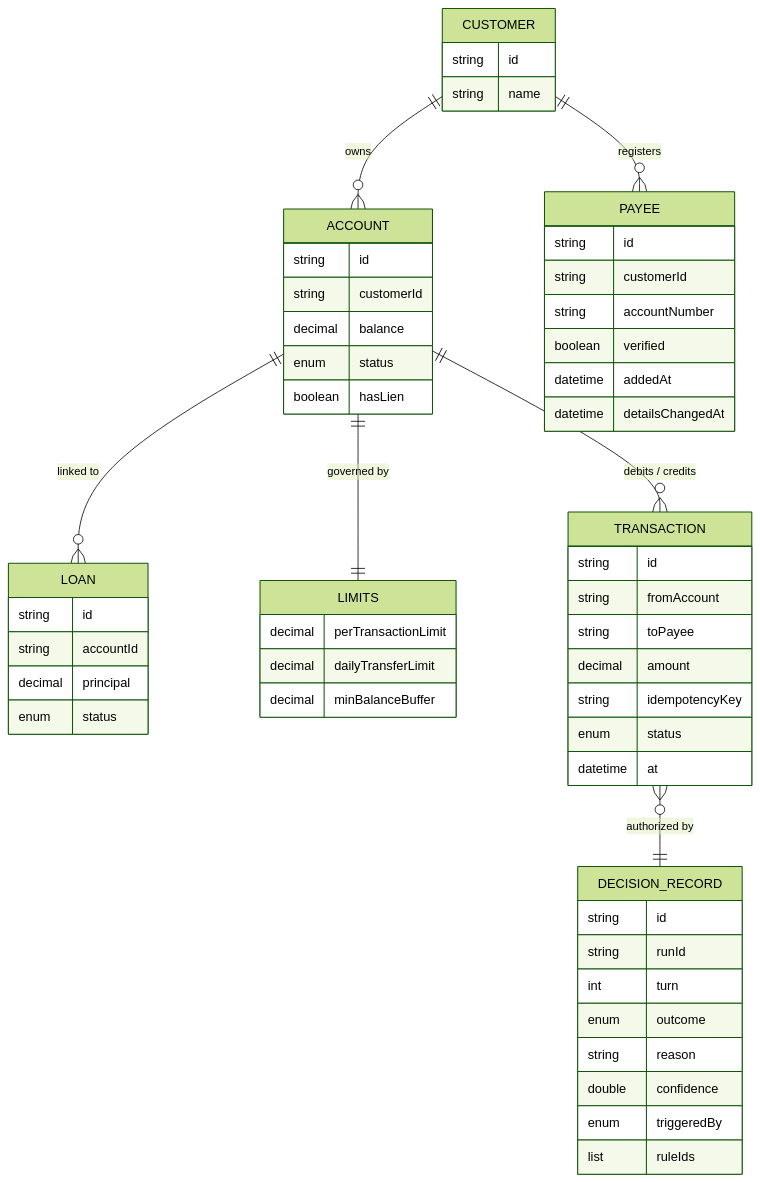
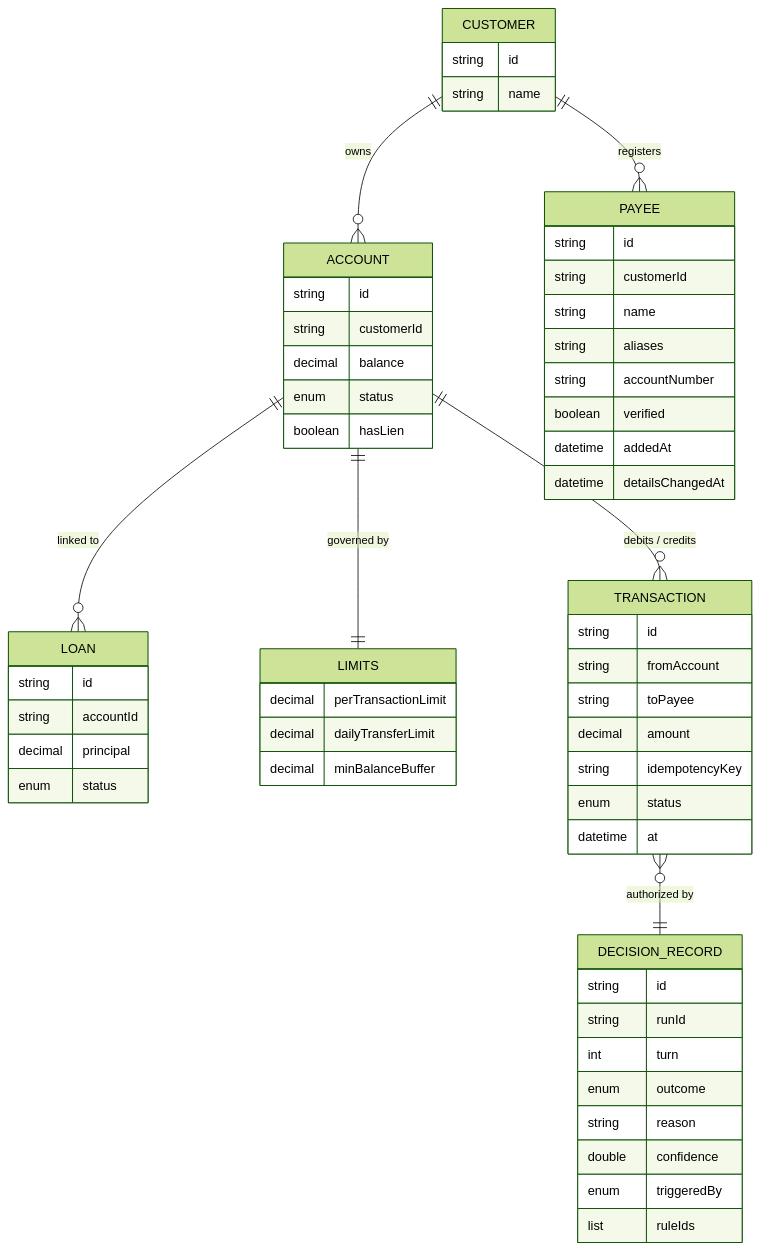
The third of 9 diagrams in DESIGN.md (harsha-reddy123/BankingApplicationControlLayer), drawn with Mermaid (forest theme) before and after one commit. The commit also changed other lines of this file and 4 other files, not shown here.

````diff
--- a/DESIGN.md
+++ b/DESIGN.md
@@ -135,17 +151,17 @@
 ```mermaid
 erDiagram
     CUSTOMER ||--o{ ACCOUNT : owns
     CUSTOMER ||--o{ PAYEE : registers
     ACCOUNT ||--o{ LOAN : "linked to"
     ACCOUNT ||--|| LIMITS : "governed by"
     ACCOUNT ||--o{ TRANSACTION : "debits / credits"
     TRANSACTION }o--|| DECISION_RECORD : "authorized by"
 
     CUSTOMER { string id string name }
     ACCOUNT { string id string customerId decimal balance enum status boolean hasLien }
-    PAYEE { string id string customerId string accountNumber boolean verified datetime addedAt datetime detailsChangedAt }
+    PAYEE { string id string customerId string name string aliases string accountNumber boolean verified datetime addedAt datetime detailsChangedAt }
     LOAN { string id string accountId decimal principal enum status }
     LIMITS { decimal perTransactionLimit decimal dailyTransferLimit decimal minBalanceBuffer }
     TRANSACTION { string id string fromAccount string toPayee decimal amount string idempotencyKey enum status datetime at }
     DECISION_RECORD { string id string runId int turn enum outcome string reason double confidence enum triggeredBy list ruleIds }
 ```
````
